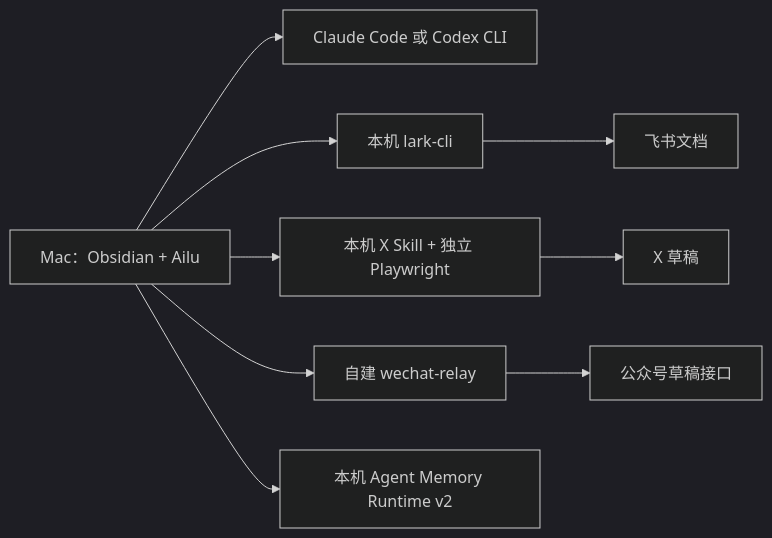
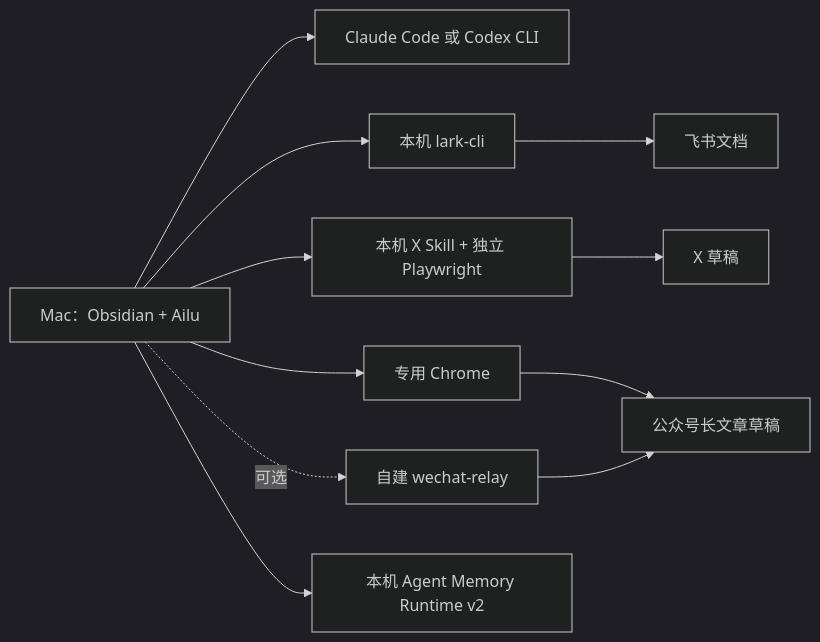
The diagram in docs/COMPLETE_SETUP.md (StuEle66/ailu-yogurt), drawn with Mermaid (dark theme) before and after one commit. The commit also changed other lines of this file and 13 other files, not shown here.

````diff
--- a/docs/COMPLETE_SETUP.md
+++ b/docs/COMPLETE_SETUP.md
@@ -9,8 +9,9 @@
 ```mermaid
 flowchart LR
   A["Mac：Obsidian + Ailu"] --> B["Claude Code 或 Codex CLI"]
   A --> C["本机 lark-cli"] --> D["飞书文档"]
   A --> E["本机 X Skill + 独立 Playwright"] --> F["X 草稿"]
-  A --> G["自建 wechat-relay"] --> H["公众号草稿接口"]
+  A --> G["专用 Chrome"] --> H["公众号长文章草稿"]
+  A -. 可选 .-> R["自建 wechat-relay"] --> H
   A --> I["本机 Agent Memory Runtime v2"]
 ```
````
